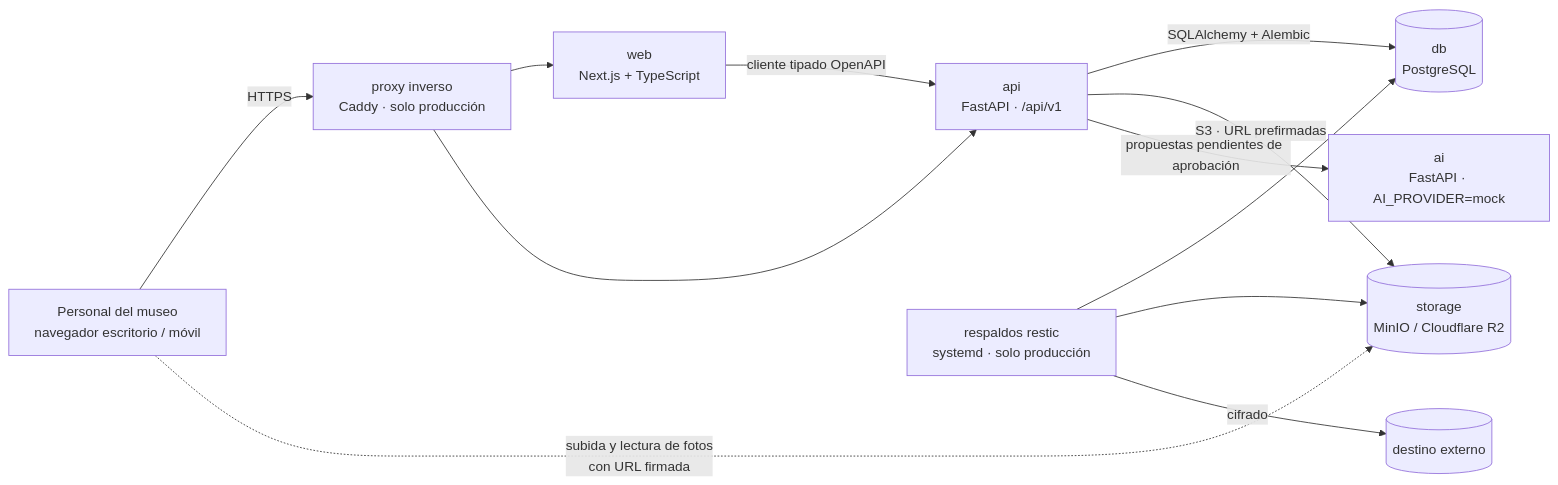
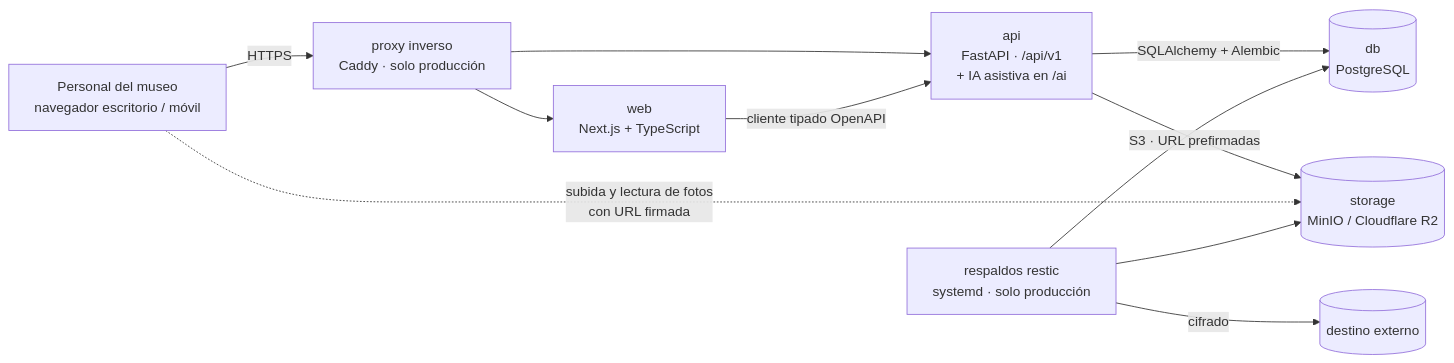
One commit to AndreAsenjo18/MATP-PUCP changed the diagram in README.md. Above: the diagram before and after it, drawn with Mermaid. The commit also changed other lines of this file and 53 other files, not shown here.

````diff
--- a/README.md
+++ b/README.md
@@ -25,14 +25,13 @@
 ```mermaid
 flowchart LR
     U[Personal del museo<br/>navegador escritorio / móvil] -->|HTTPS| P[proxy inverso<br/>Caddy · solo producción]
     P --> W[web<br/>Next.js + TypeScript]
-    P --> A[api<br/>FastAPI · /api/v1]
+    P --> A[api<br/>FastAPI · /api/v1<br/>+ IA asistiva en /ai]
     W -->|cliente tipado OpenAPI| A
     A -->|SQLAlchemy + Alembic| D[(db<br/>PostgreSQL)]
     A -->|S3 · URL prefirmadas| S[(storage<br/>MinIO / Cloudflare R2)]
-    A -->|propuestas pendientes de aprobación| I[ai<br/>FastAPI · AI_PROVIDER=mock]
     U -.->|subida y lectura de fotos<br/>con URL firmada| S
     B[respaldos restic<br/>systemd · solo producción] --> D
     B --> S
     B -->|cifrado| X[(destino externo)]
 ```
````
